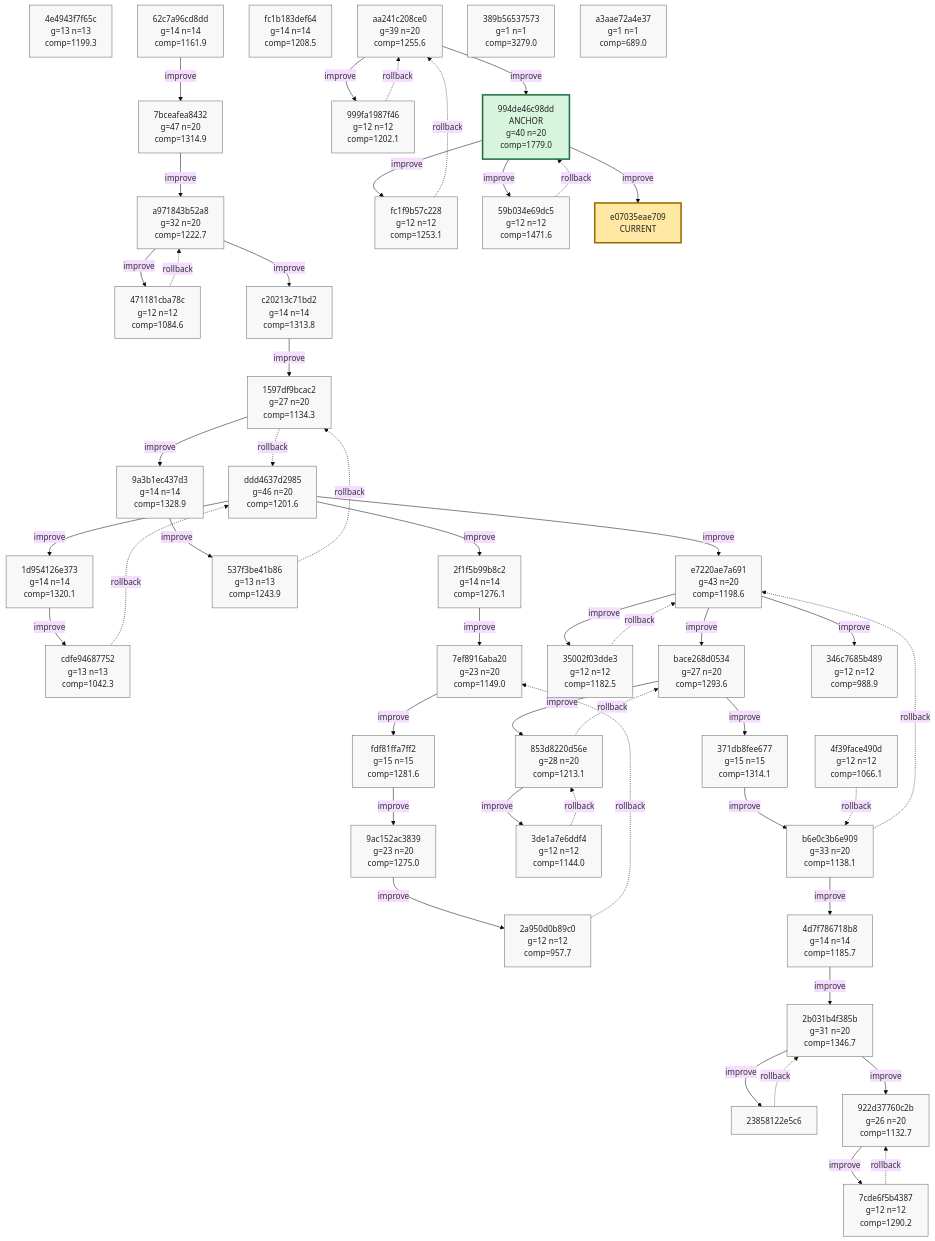
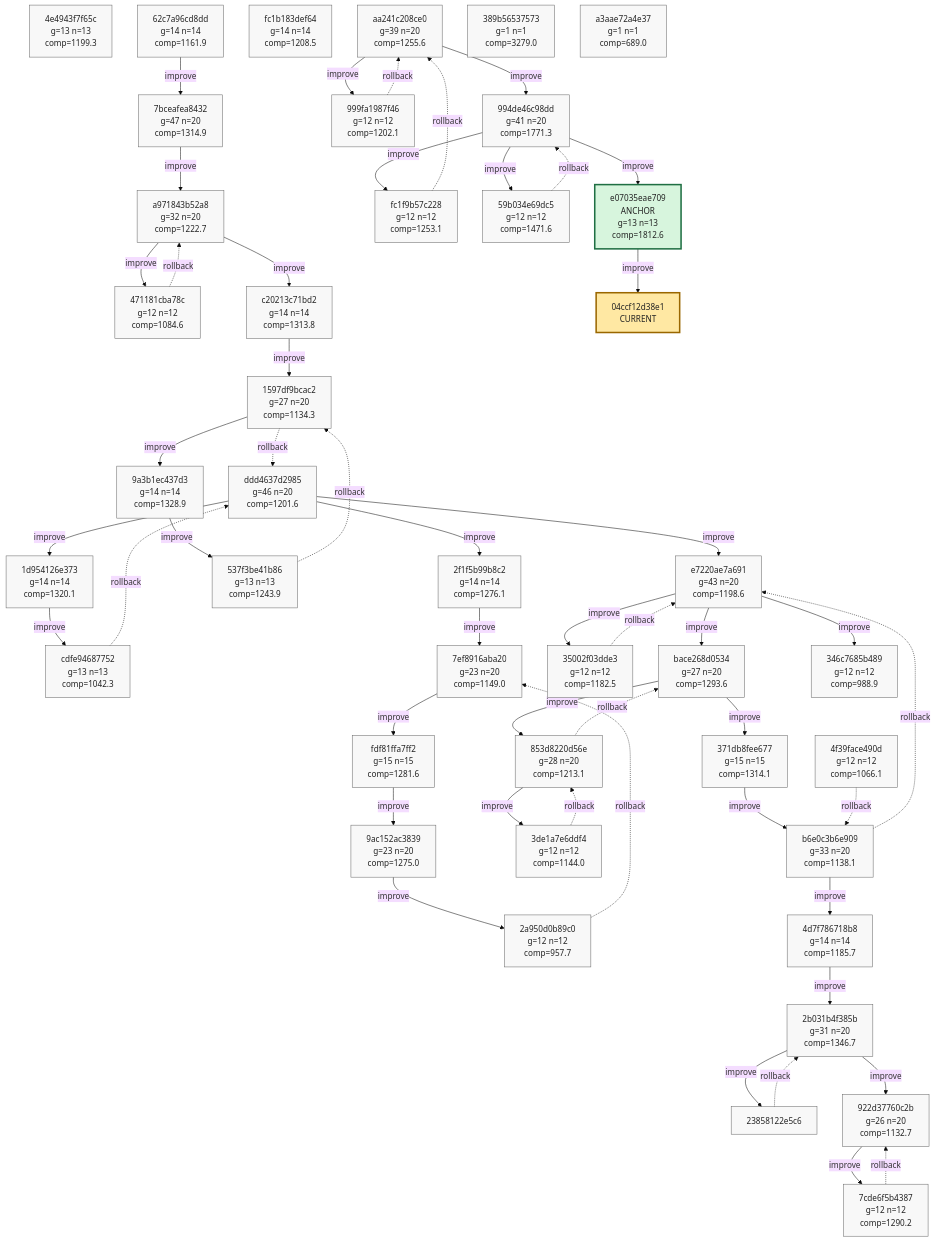
Before and after one commit to azumag/soviet_now: the ninth of 9 diagrams in phyrogenetic-tree.md, drawn with Mermaid (base theme). The commit also changed other lines of this file and 2 other files, not shown here.

Commit message:
eloop Improve after 12 games (scores: 2070 2333 1907 1847 1736 3103 1042 1152 1663 1588 2397 2171)

````diff
--- a/phyrogenetic-tree.md
+++ b/phyrogenetic-tree.md
@@ -2280,12 +2281,13 @@
     h_346c7685b489["346c7685b489<br/>g=12 n=12<br/>comp=988.9"]
     h_aa241c208ce0["aa241c208ce0<br/>g=39 n=20<br/>comp=1255.6"]
     h_999fa1987f46["999fa1987f46<br/>g=12 n=12<br/>comp=1202.1"]
-    h_994de46c98dd["994de46c98dd<br/>ANCHOR<br/>g=40 n=20<br/>comp=1779.0"]
+    h_994de46c98dd["994de46c98dd<br/>g=41 n=20<br/>comp=1771.3"]
     h_fc1f9b57c228["fc1f9b57c228<br/>g=12 n=12<br/>comp=1253.1"]
     h_59b034e69dc5["59b034e69dc5<br/>g=12 n=12<br/>comp=1471.6"]
+    h_e07035eae709["e07035eae709<br/>ANCHOR<br/>g=13 n=13<br/>comp=1812.6"]
     h_389b56537573["389b56537573<br/>g=1 n=1<br/>comp=3279.0"]
     h_a3aae72a4e37["a3aae72a4e37<br/>g=1 n=1<br/>comp=689.0"]
-    h_e07035eae709["e07035eae709<br/>CURRENT"]
+    h_04ccf12d38e1["04ccf12d38e1<br/>CURRENT"]
 
     h_ddd4637d2985 -->|improve| h_1d954126e373
     h_1d954126e373 -->|improve| h_cdfe94687752
@@ -2334,6 +2336,7 @@
     h_994de46c98dd -->|improve| h_59b034e69dc5
     h_59b034e69dc5 -. rollback .-> h_994de46c98dd
     h_994de46c98dd -->|improve| h_e07035eae709
+    h_e07035eae709 -->|improve| h_04ccf12d38e1
 
     classDef plain fill:#f8f8f8,stroke:#666,stroke-width:1px,color:#222;
     classDef current fill:#ffe8a3,stroke:#9a6700,stroke-width:3px,color:#222;
@@ -2374,10 +2377,11 @@
     class h_346c7685b489 plain;
     class h_aa241c208ce0 plain;
     class h_999fa1987f46 plain;
-    class h_994de46c98dd anchor;
+    class h_994de46c98dd plain;
     class h_fc1f9b57c228 plain;
     class h_59b034e69dc5 plain;
+    class h_e07035eae709 anchor;
     class h_389b56537573 plain;
     class h_a3aae72a4e37 plain;
-    class h_e07035eae709 current;
+    class h_04ccf12d38e1 current;
 ```
````
